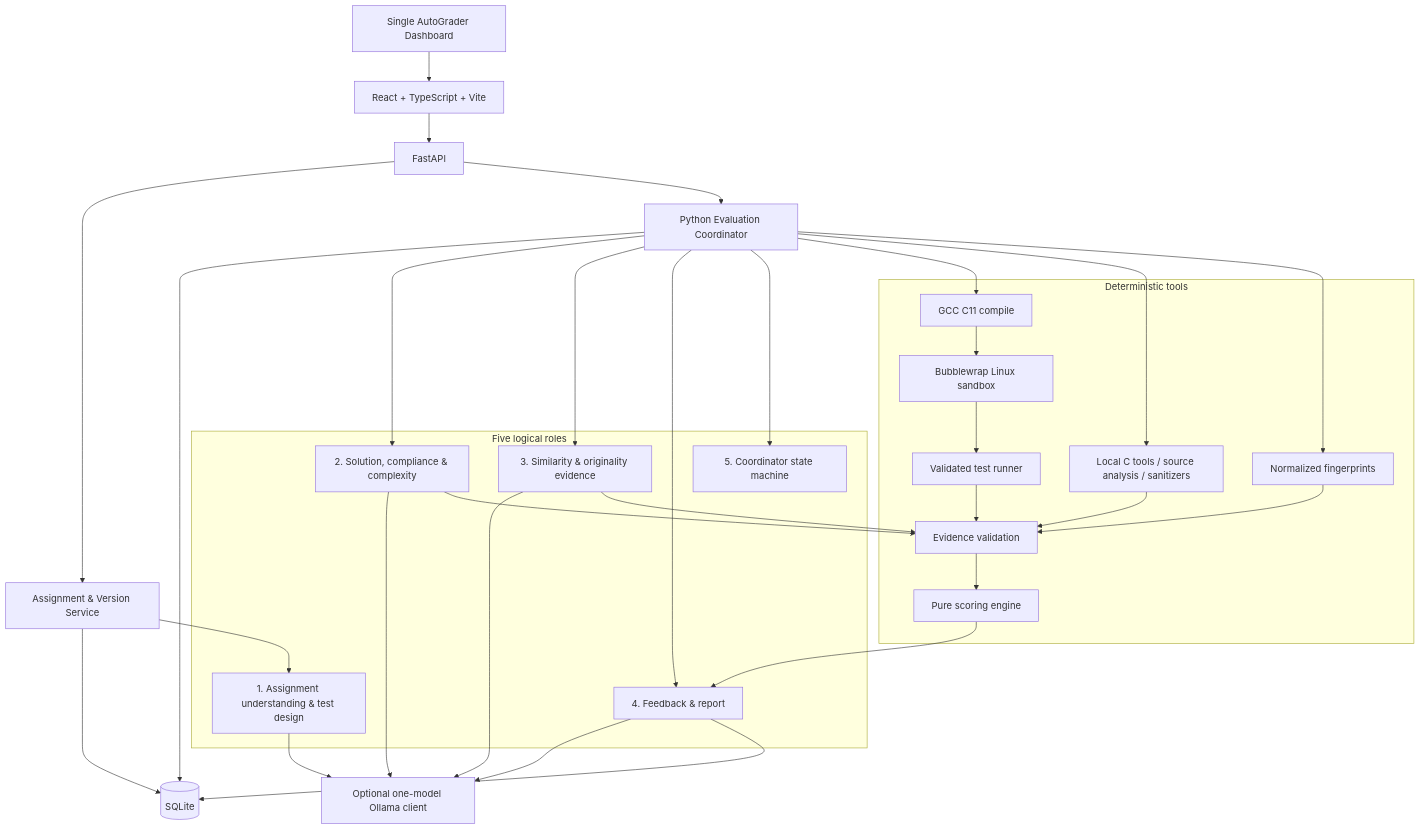
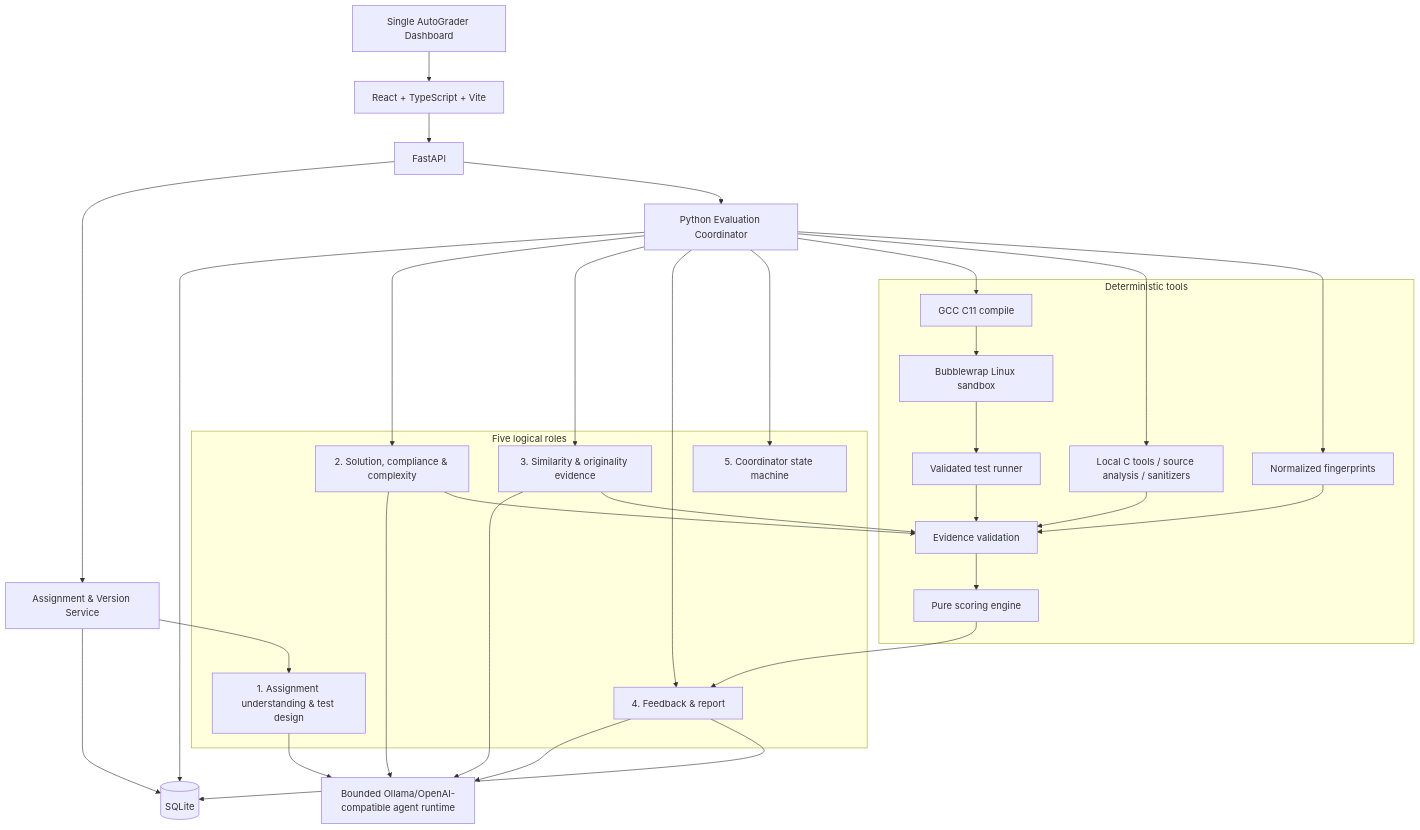
One commit to ASM010101/Agentic_AI_Evaluator changed the diagram in docs/architecture.md. Above: the diagram before and after it, drawn with Mermaid. The commit also changed other lines of this file and 28 other files, not shown here.

Commit message:
feat: implement multi-agent runtime and LLM integration for autograding workflows

````diff
--- a/docs/architecture.md
+++ b/docs/architecture.md
@@ -9,43 +9,43 @@
 ```mermaid
 flowchart TB
     OP["Single AutoGrader Dashboard"] --> UI["React + TypeScript + Vite"]
     UI --> API["FastAPI"]
     API --> AS["Assignment & Version Service"]
     API --> ORCH["Python Evaluation Coordinator"]
     AS --> DB[("SQLite")]
     ORCH --> DB
 
     subgraph AG["Five logical roles"]
       A1["1. Assignment understanding & test design"]
       A2["2. Solution, compliance & complexity"]
       A3["3. Similarity & originality evidence"]
       A4["4. Feedback & report"]
       A5["5. Coordinator state machine"]
     end
     AS --> A1
     ORCH --> A2
     ORCH --> A3
     ORCH --> A4
     ORCH --> A5
-    A1 --> LLM["Optional one-model Ollama client"]
+      A1 --> LLM["Bounded Ollama/OpenAI-compatible agent runtime"]
     A2 --> LLM
     A3 --> LLM
     A4 --> LLM
 
     subgraph TOOLS["Deterministic tools"]
       COMP["GCC C11 compile"]
       RUN["Bubblewrap Linux sandbox"]
       TEST["Validated test runner"]
       STAT["Local C tools / source analysis / sanitizers"]
       FP["Normalized fingerprints"]
       VALID["Evidence validation"]
       SCORE["Pure scoring engine"]
     end
     ORCH --> COMP --> RUN --> TEST --> VALID
     ORCH --> STAT --> VALID
     ORCH --> FP --> VALID
     A2 --> VALID
     A3 --> VALID
     VALID --> SCORE --> A4
     A4 --> DB
 ```
````
